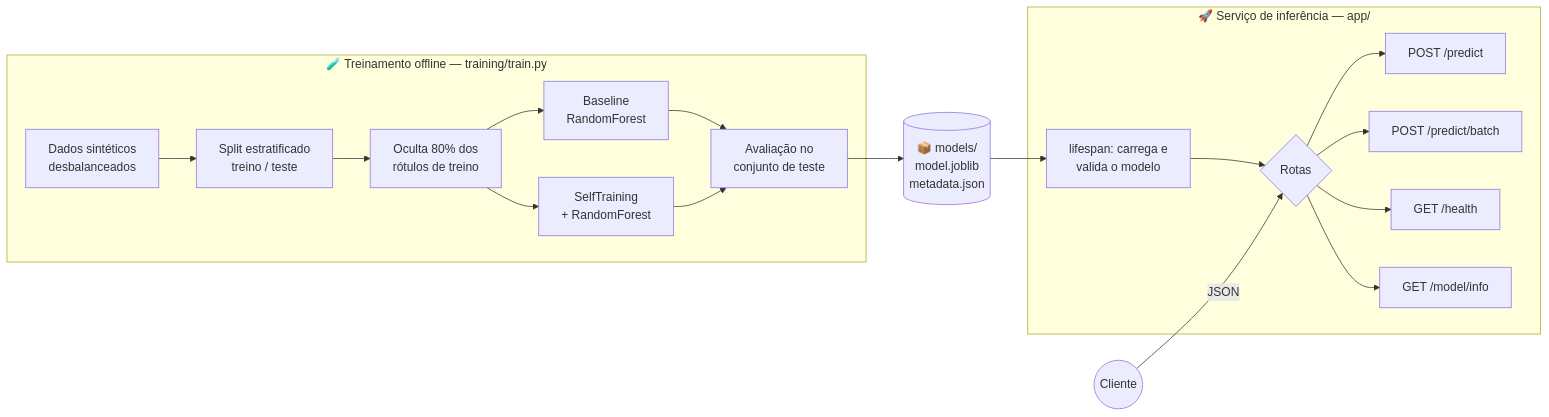
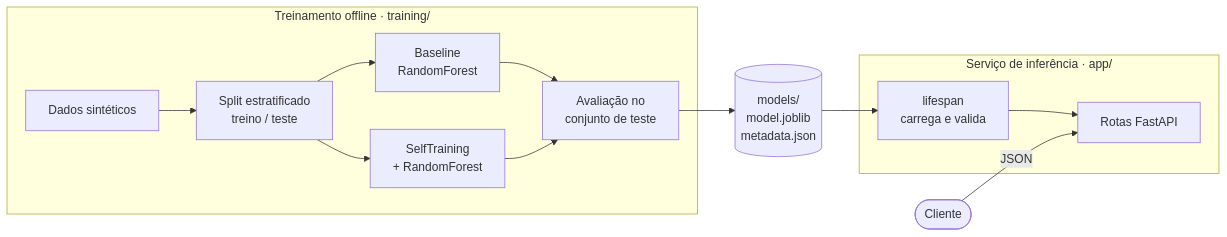
One commit to MarieleV/scikit-learn-inference-service changed the second of 4 diagrams in README.md. Above: the diagram before and after it, drawn with Mermaid. The commit also changed other lines of this file, not shown here.

````diff
--- a/README.md
+++ b/README.md
@@ -44,24 +51,15 @@
 ```mermaid
 flowchart LR
-    subgraph T["🧪 Treinamento offline — training/train.py"]
-        D[Dados sintéticos<br/>desbalanceados] --> S[Split estratificado<br/>treino / teste]
-        S --> H[Oculta 80% dos<br/>rótulos de treino]
-        H --> B[Baseline<br/>RandomForest]
-        H --> ST[SelfTraining<br/>+ RandomForest]
-        B --> E[Avaliação no<br/>conjunto de teste]
-        ST --> E
+    subgraph T["Treinamento offline · training/"]
+        D["Dados sintéticos"] --> S["Split estratificado<br/>treino / teste"]
+        S --> B["Baseline<br/>RandomForest"]
+        S --> ST["SelfTraining<br/>+ RandomForest"]
+        B & ST --> E["Avaliação no<br/>conjunto de teste"]
     end
-
-    E --> A[("📦 models/<br/>model.joblib<br/>metadata.json")]
-
-    subgraph API["🚀 Serviço de inferência — app/"]
-        L[lifespan: carrega e<br/>valida o modelo] --> R{Rotas}
-        R --> P[POST /predict]
-        R --> PB[POST /predict/batch]
-        R --> HC[GET /health]
-        R --> MI[GET /model/info]
+    E --> A[("models/<br/>model.joblib<br/>metadata.json")]
+    subgraph API["Serviço de inferência · app/"]
+        L["lifespan<br/>carrega e valida"] --> R["Rotas FastAPI"]
     end
-
     A --> L
-    C((Cliente)) -- JSON --> R
+    C(["Cliente"]) -- "JSON" --> R
 ```
````
